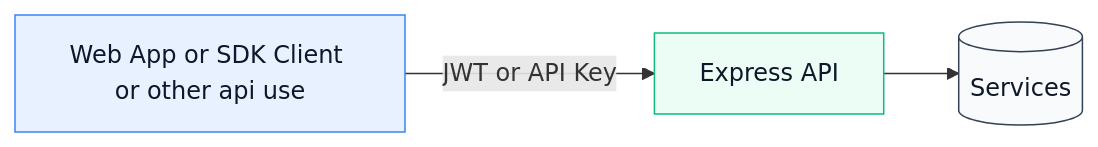
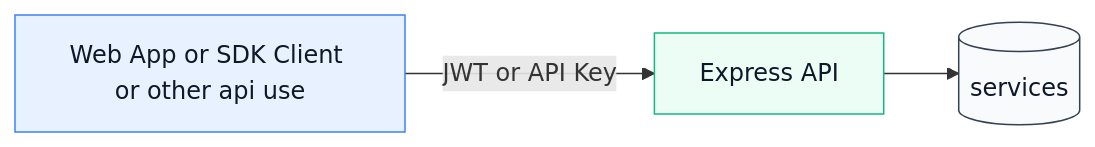
One commit to AtulYadavCodes/imageflow changed the first of 3 diagrams in README.md. Above: the diagram before and after it, drawn with Mermaid.

````diff
--- a/README.md
+++ b/README.md
@@ -43,9 +43,9 @@
 ```mermaid
 flowchart LR
   U[Web App or SDK Client or other api use] -->|JWT or API Key| A[Express API]
-  A --> SV[(Services)]
+  A --> SV[(services)]
 
   style U fill:#E8F1FF,stroke:#3B82F6,color:#0F172A
   style A fill:#ECFDF5,stroke:#10B981,color:#0F172A
   style SV fill:#F8FAFC,stroke:#334155,color:#0F172A
 ```
````
